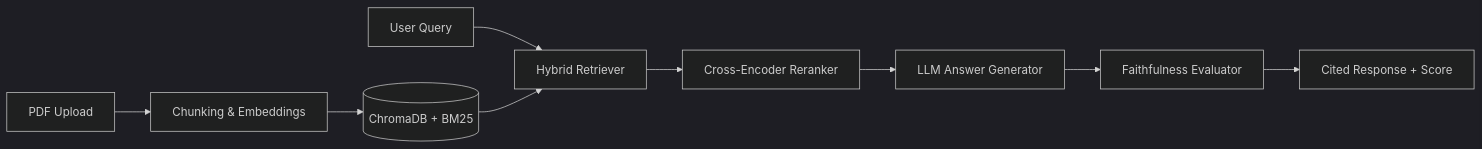
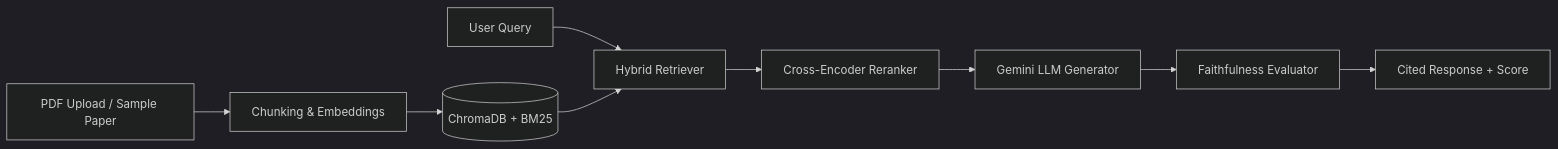
One commit to Dinesh-916/enterprise-rag-guardrails changed the diagram in README.md. Above: the diagram before and after it, drawn with Mermaid (dark theme). The commit also changed other lines of this file, not shown here.

````diff
--- a/README.md
+++ b/README.md
@@ -11,11 +10,11 @@
 ```mermaid
 graph LR
-    A[PDF Upload] --> B[Chunking & Embeddings]
+    A[PDF Upload / Sample Paper] --> B[Chunking & Embeddings]
     B --> C[(ChromaDB + BM25)]
     D[User Query] --> E[Hybrid Retriever]
     C --> E
     E --> F[Cross-Encoder Reranker]
-    F --> G[LLM Answer Generator]
+    F --> G[Gemini LLM Generator]
     G --> H[Faithfulness Evaluator]
     H --> I[Cited Response + Score]
 ```
````
